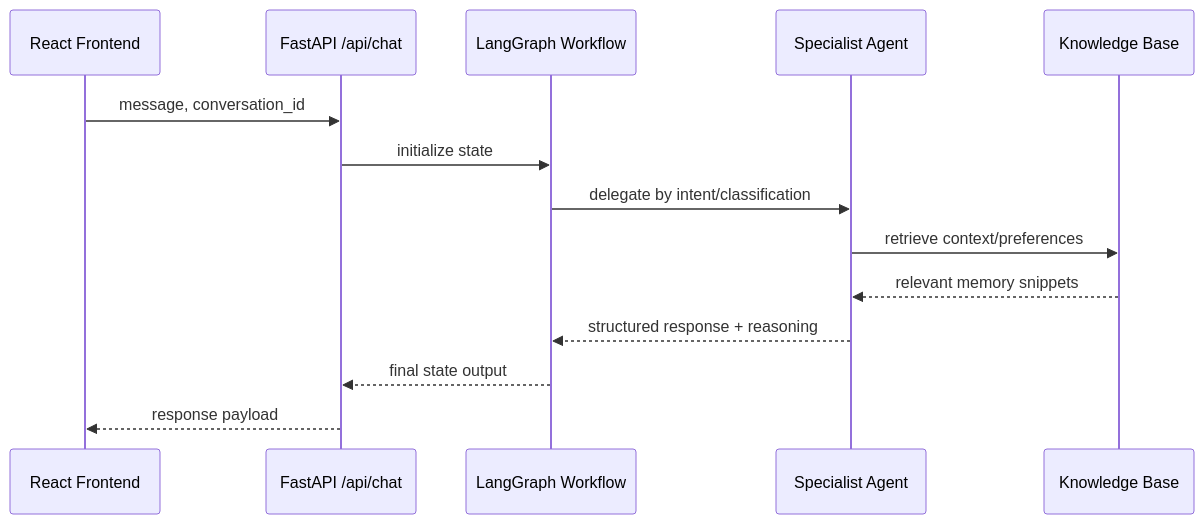
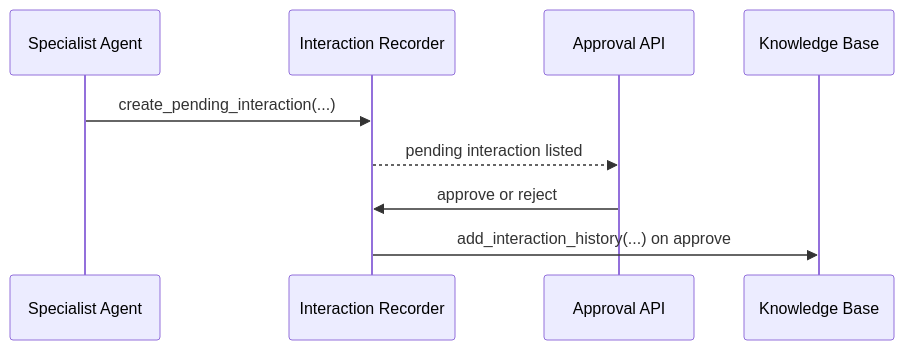
One commit to Tushar-57/Agentic_lyf changed the second of 2 diagrams in README.md. Above: the diagram before and after it, drawn with Mermaid. The commit also changed other lines of this file and 9 other files, not shown here.

Commit message:
feat: implement explicit user approval for interaction recording and add force refresh endpoint for knowledge state

````diff
--- a/README.md
+++ b/README.md
@@ -61,17 +60,12 @@
 ```mermaid
 sequenceDiagram
-    participant UI as React Frontend
-    participant API as FastAPI /api/chat
-    participant WF as LangGraph Workflow
-    participant AG as Specialist Agent
-    participant KB as Knowledge Base
+  participant Agent as Specialist Agent
+  participant Recorder as Interaction Recorder
+  participant Approval as Approval API
+  participant KB as Knowledge Base
 
-    UI->>API: message, conversation_id
-    API->>WF: initialize state
-    WF->>AG: delegate by intent/classification
-    AG->>KB: retrieve context/preferences
-    KB-->>AG: relevant memory snippets
-    AG-->>WF: structured response + reasoning
-    WF-->>API: final state output
-    API-->>UI: response payload
+  Agent->>Recorder: create_pending_interaction(...)
+  Recorder-->>Approval: pending interaction listed
+  Approval->>Recorder: approve or reject
+  Recorder->>KB: add_interaction_history(...) on approve
 ```
````
